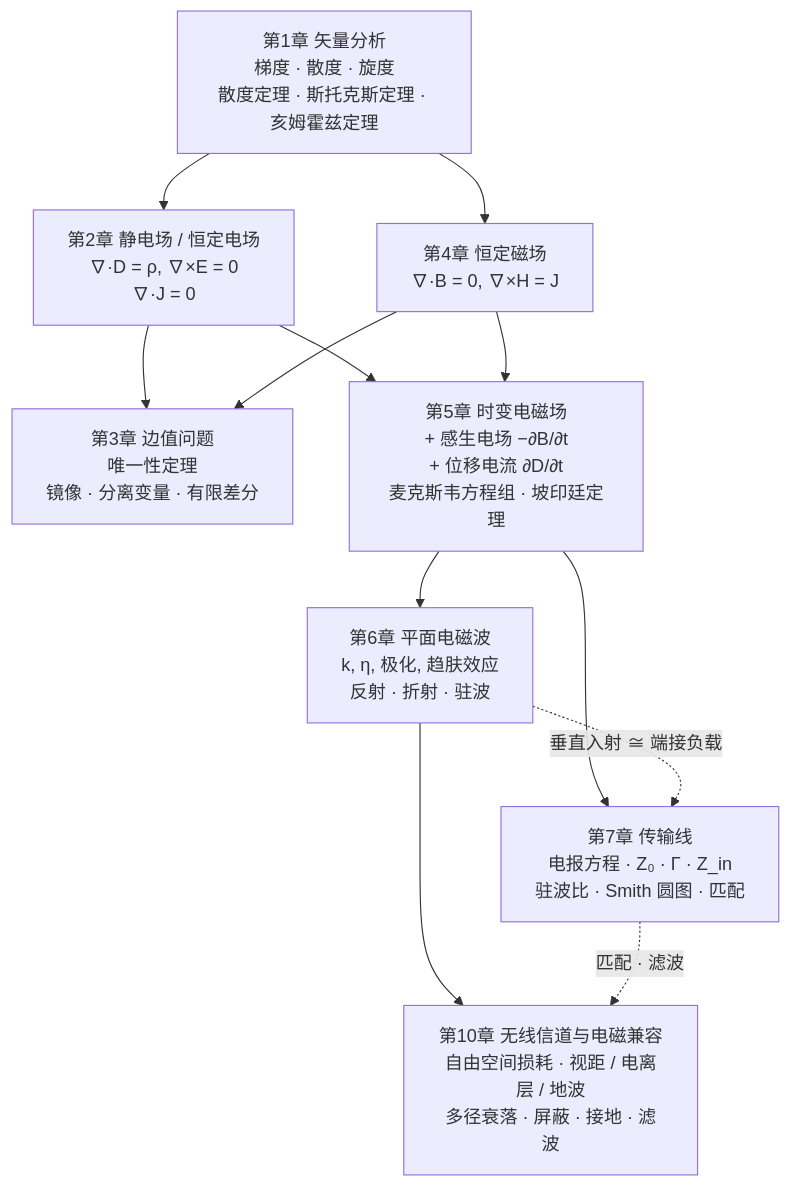
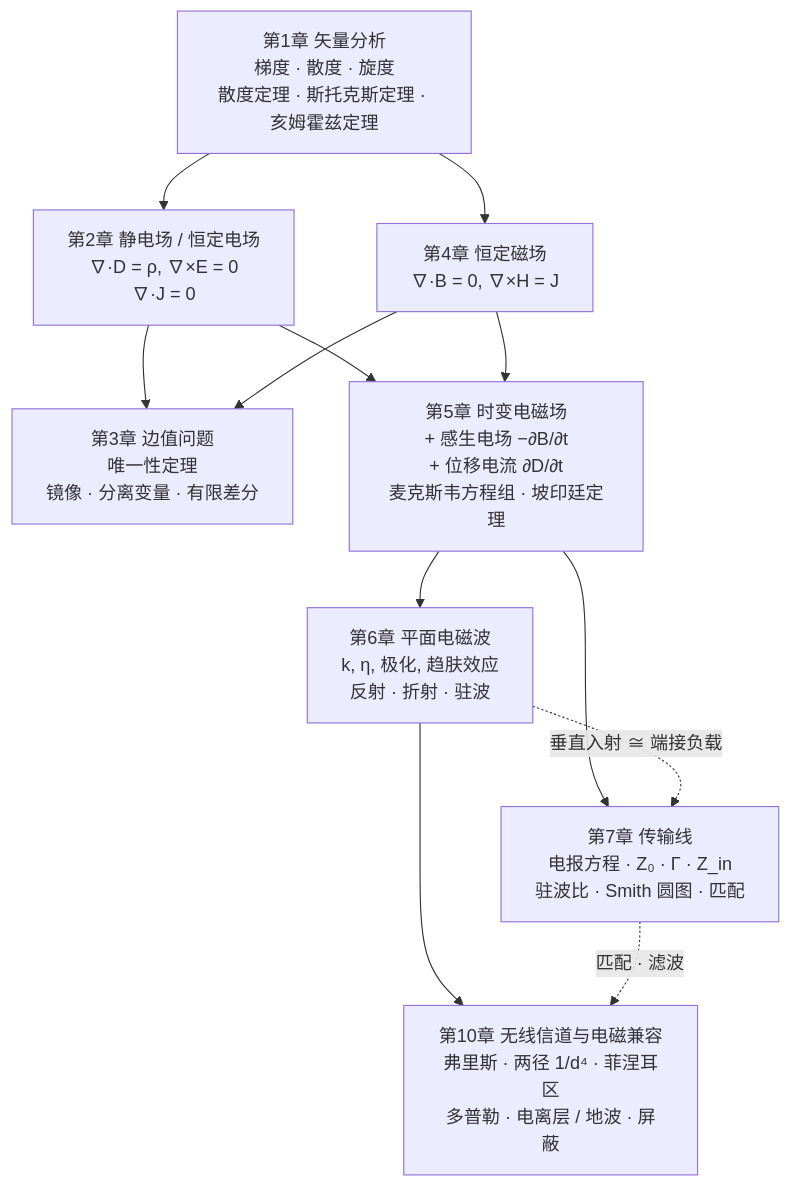
The diagram in docs/summary.md (cockroach-f/em-fields-waves), drawn with Mermaid before and after one commit. The commit also changed other lines of this file and 6 other files, not shown here.

````diff
--- a/docs/summary.md
+++ b/docs/summary.md
@@ -9,14 +9,14 @@
 ```mermaid
 flowchart TD
     C1["第1章 矢量分析<br/>梯度 · 散度 · 旋度<br/>散度定理 · 斯托克斯定理 · 亥姆霍兹定理"] --> C2["第2章 静电场 / 恒定电场<br/>∇·D = ρ, ∇×E = 0<br/>∇·J = 0"]
     C1 --> C4["第4章 恒定磁场<br/>∇·B = 0, ∇×H = J"]
     C2 --> C3["第3章 边值问题<br/>唯一性定理<br/>镜像 · 分离变量 · 有限差分"]
     C4 --> C3
     C2 --> C5["第5章 时变电磁场<br/>+ 感生电场 −∂B/∂t<br/>+ 位移电流 ∂D/∂t<br/>麦克斯韦方程组 · 坡印廷定理"]
     C4 --> C5
     C5 --> C6["第6章 平面电磁波<br/>k, η, 极化, 趋肤效应<br/>反射 · 折射 · 驻波"]
     C5 --> C7["第7章 传输线<br/>电报方程 · Z₀ · Γ · Z_in<br/>驻波比 · Smith 圆图 · 匹配"]
     C6 -.垂直入射 ≅ 端接负载.-> C7
-    C6 --> C10["第10章 无线信道与电磁兼容<br/>自由空间损耗 · 视距 / 电离层 / 地波<br/>多径衰落 · 屏蔽 · 接地 · 滤波"]
+    C6 --> C10["第10章 无线信道与电磁兼容<br/>弗里斯 · 两径 1/d⁴ · 菲涅耳区<br/>多普勒 · 电离层 / 地波 · 屏蔽"]
     C7 -.匹配 · 滤波.-> C10
 ```
````
